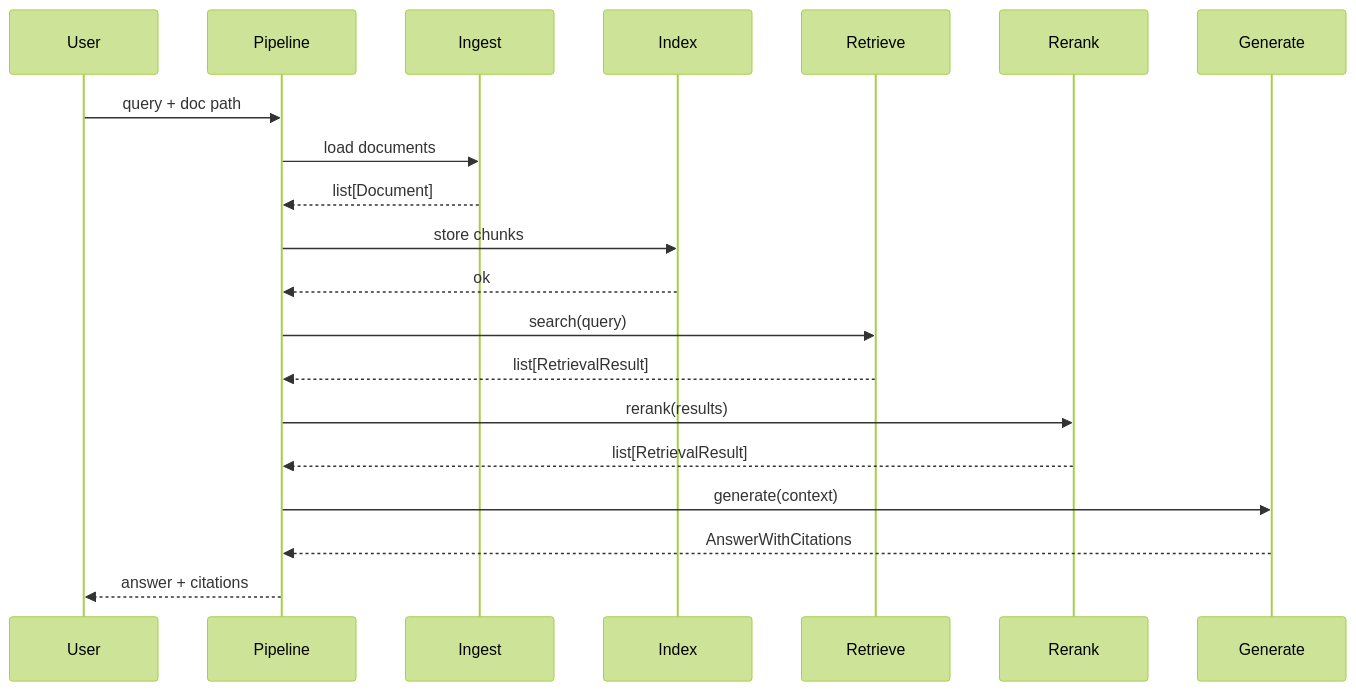
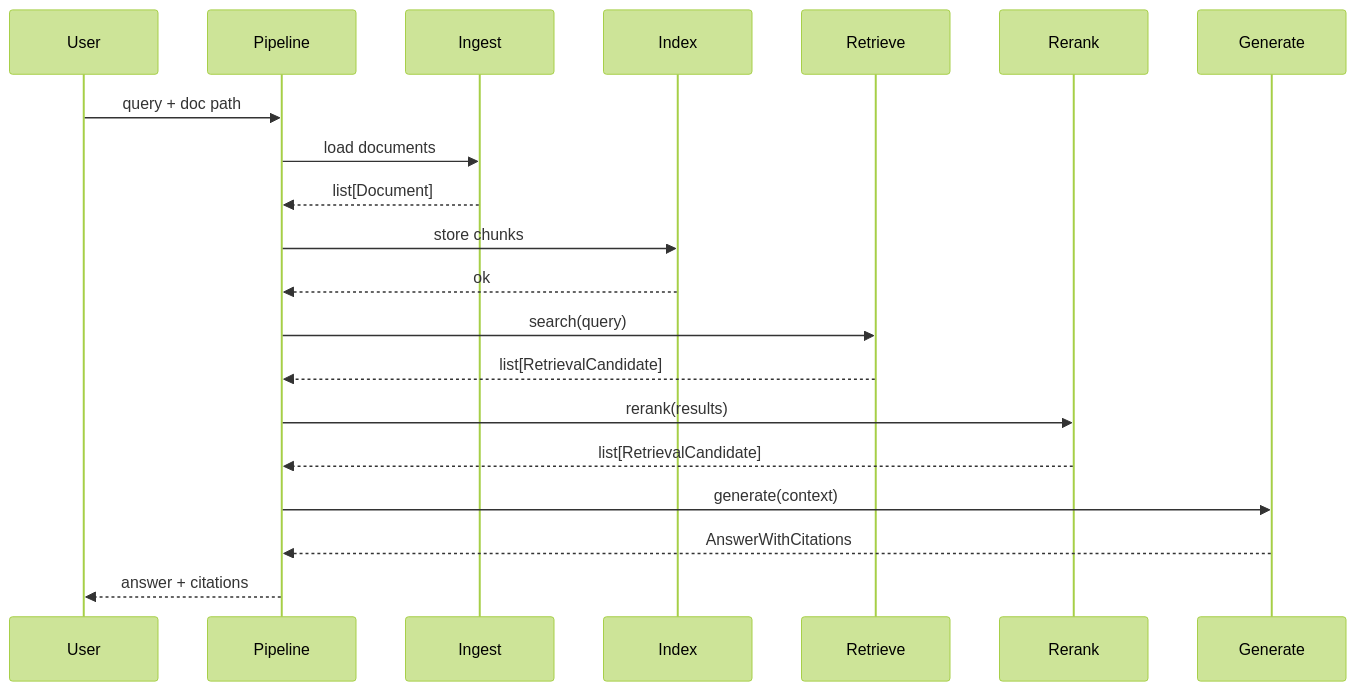
Before and after one commit to Mustafa777Xo/doc-grounded-rag: the second of 2 diagrams in docs/architecture.md, drawn with Mermaid (forest theme). The commit also changed other lines of this file and 15 other files, not shown here.

````diff
--- a/docs/architecture.md
+++ b/docs/architecture.md
@@ -130,22 +133,22 @@
 ```mermaid
 sequenceDiagram
     participant User
     participant Pipeline
     participant Ingest
     participant Index
     participant Retrieve
     participant Rerank
     participant Generate
     User->>Pipeline: query + doc path
     Pipeline->>Ingest: load documents
     Ingest-->>Pipeline: list[Document]
     Pipeline->>Index: store chunks
     Index-->>Pipeline: ok
     Pipeline->>Retrieve: search(query)
-    Retrieve-->>Pipeline: list[RetrievalResult]
+    Retrieve-->>Pipeline: list[RetrievalCandidate]
     Pipeline->>Rerank: rerank(results)
-    Rerank-->>Pipeline: list[RetrievalResult]
+    Rerank-->>Pipeline: list[RetrievalCandidate]
     Pipeline->>Generate: generate(context)
     Generate-->>Pipeline: AnswerWithCitations
     Pipeline-->>User: answer + citations
 ```
````
